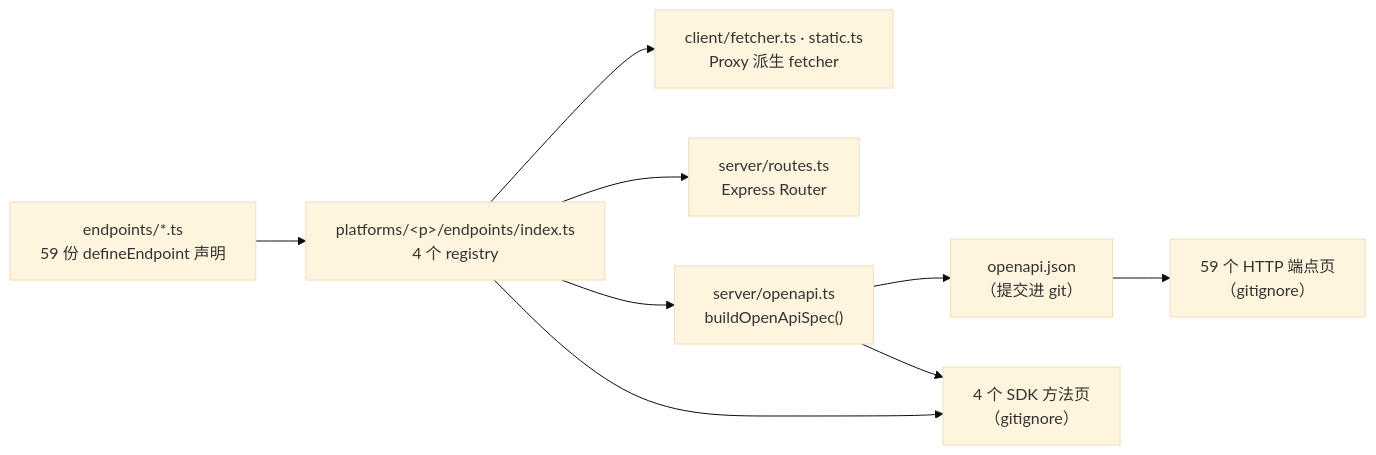
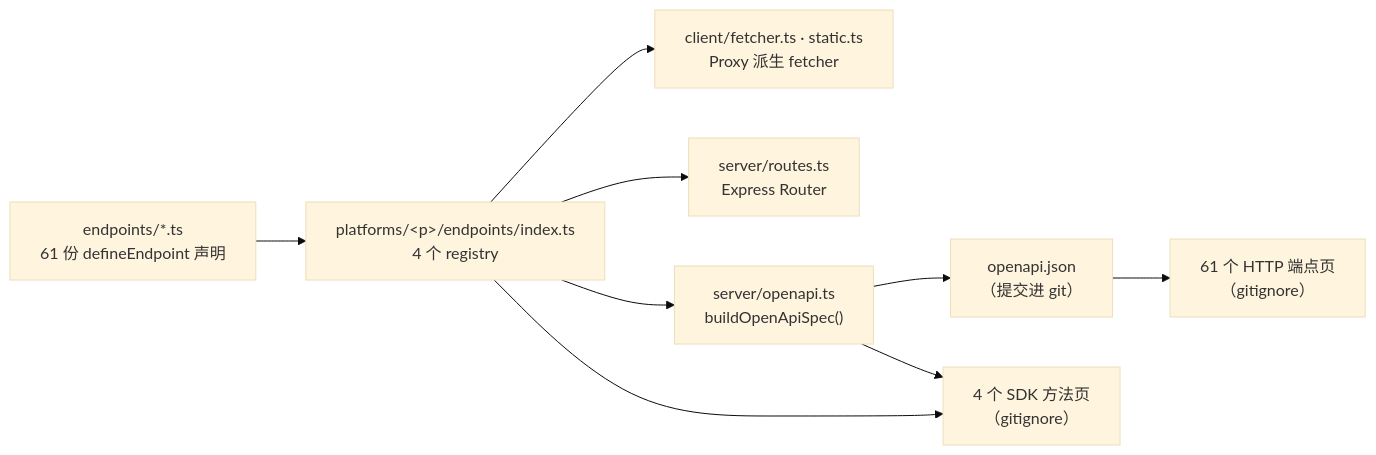
One commit to ikenxuan/amagi changed the diagram in packages/docs/content/docs/v7/dev/internals/registry.mdx. Above: the diagram before and after it, drawn with Mermaid (base theme). The commit also changed other lines of this file and 26 other files, not shown here.

````diff
--- a/packages/docs/content/docs/v7/dev/internals/registry.mdx
+++ b/packages/docs/content/docs/v7/dev/internals/registry.mdx
@@ -72,19 +72,19 @@
 ```mermaid
 flowchart LR
-  D["endpoints/*.ts<br/>59 份 defineEndpoint 声明"]
+  D["endpoints/*.ts<br/>61 份 defineEndpoint 声明"]
   R["platforms/&lt;p&gt;/endpoints/index.ts<br/>4 个 registry"]
   F["client/fetcher.ts · static.ts<br/>Proxy 派生 fetcher"]
   S["server/routes.ts<br/>Express Router"]
   O["server/openapi.ts<br/>buildOpenApiSpec()"]
   J["openapi.json<br/>（提交进 git）"]
-  H["59 个 HTTP 端点页<br/>（gitignore）"]
+  H["61 个 HTTP 端点页<br/>（gitignore）"]
   K["4 个 SDK 方法页<br/>（gitignore）"]
   D --> R
   R --> F
   R --> S
   R --> O
   O --> J
   J --> H
   R --> K
   O --> K
 ```
````
